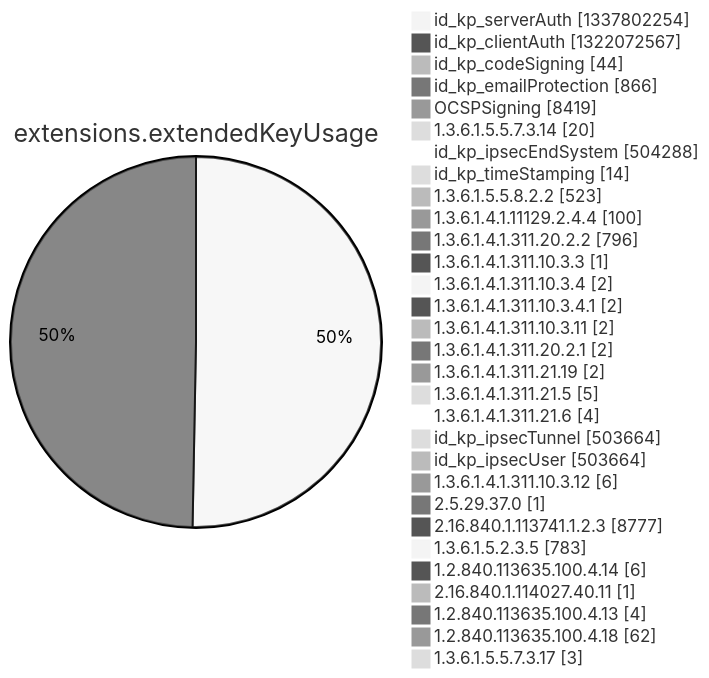
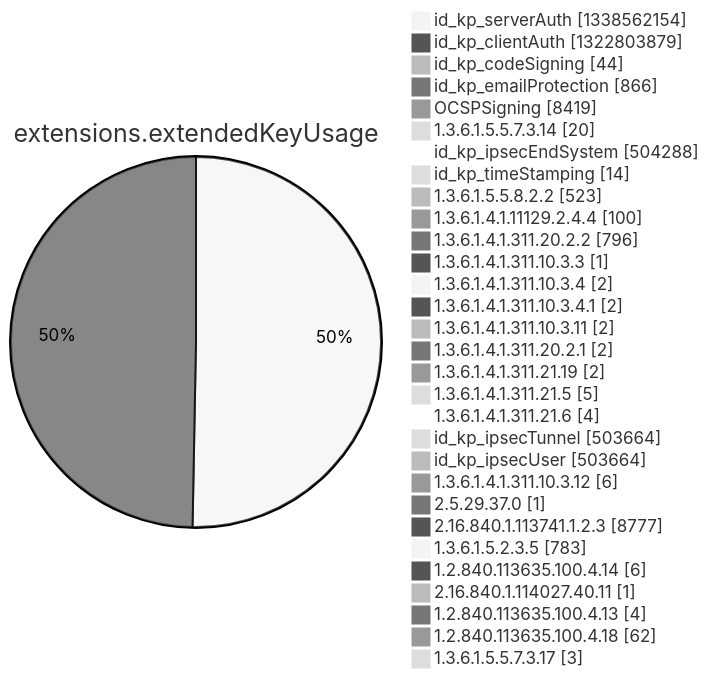
One commit to christiankrug/ctmonitor_visualization changed diagram 12 of 15 in argon2022/README.md. Above: the diagram before and after it, drawn with Mermaid (neutral theme). The commit also changed other lines of this file, not shown here.

````diff
--- a/argon2022/README.md
+++ b/argon2022/README.md
@@ -3553,34 +3553,34 @@
 ```mermaid
 pie showData
 title extensions.extendedKeyUsage
-"id_kp_serverAuth" :1337802254
-"id_kp_clientAuth" :1322072567
+"id_kp_serverAuth" :1338562154
+"id_kp_clientAuth" :1322803879
 "id_kp_codeSigning" :44
 "id_kp_emailProtection" :866
 "OCSPSigning" :8419
 "1.3.6.1.5.5.7.3.14" :20
 "id_kp_ipsecEndSystem" :504288
 "id_kp_timeStamping" :14
 "1.3.6.1.5.5.8.2.2" :523
 "1.3.6.1.4.1.11129.2.4.4" :100
 "1.3.6.1.4.1.311.20.2.2" :796
 "1.3.6.1.4.1.311.10.3.3" :1
 "1.3.6.1.4.1.311.10.3.4" :2
 "1.3.6.1.4.1.311.10.3.4.1" :2
 "1.3.6.1.4.1.311.10.3.11" :2
 "1.3.6.1.4.1.311.20.2.1" :2
 "1.3.6.1.4.1.311.21.19" :2
 "1.3.6.1.4.1.311.21.5" :5
 "1.3.6.1.4.1.311.21.6" :4
 "id_kp_ipsecTunnel" :503664
 "id_kp_ipsecUser" :503664
 "1.3.6.1.4.1.311.10.3.12" :6
 "2.5.29.37.0" :1
 "2.16.840.1.113741.1.2.3" :8777
 "1.3.6.1.5.2.3.5" :783
 "1.2.840.113635.100.4.14" :6
 "2.16.840.1.114027.40.11" :1
 "1.2.840.113635.100.4.13" :4
 "1.2.840.113635.100.4.18" :62
 "1.3.6.1.5.5.7.3.17" :3
 ```
````
